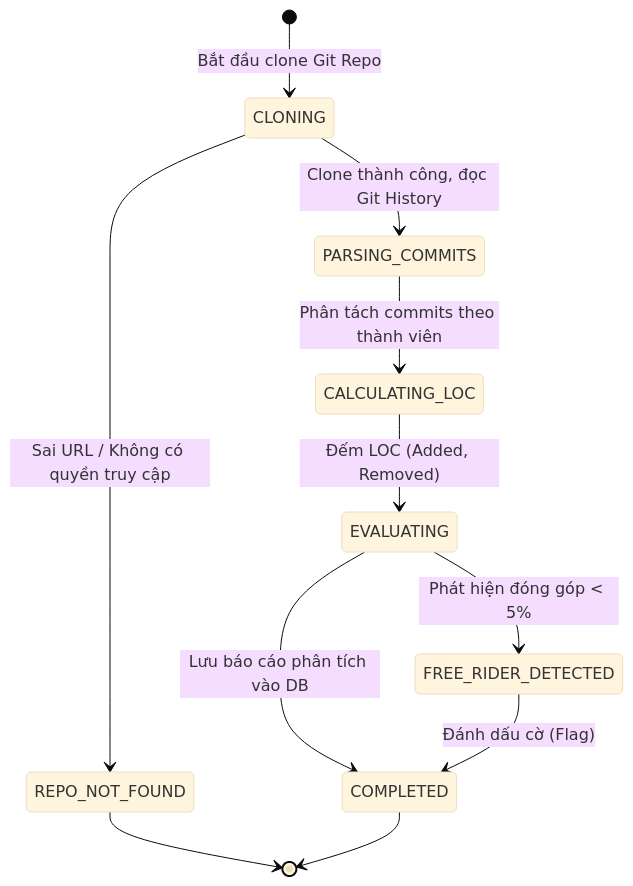
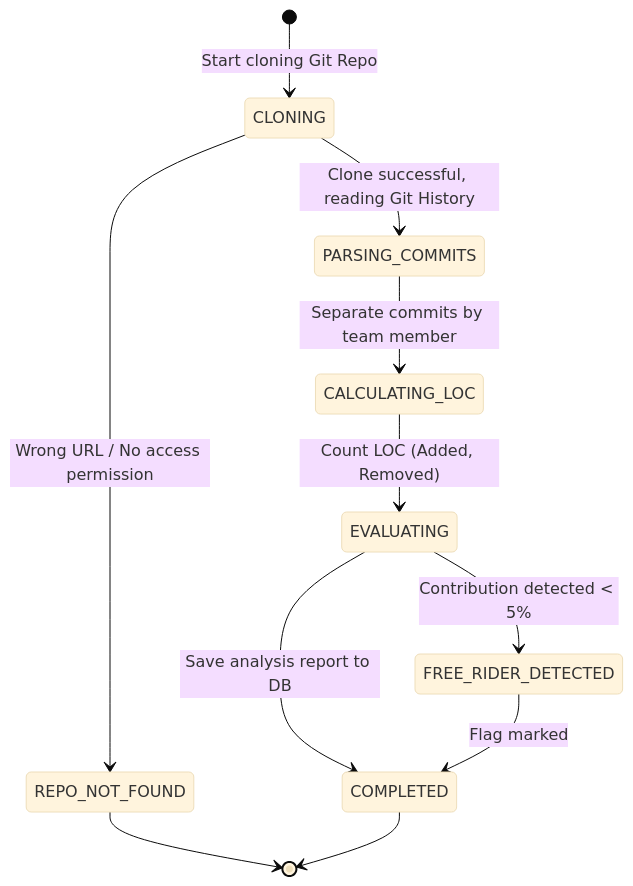
Before and after one commit to qucthih/SWP391_Group3: the eighth of 9 diagrams in docs/01_SRS/AITA_SRS_Document.md, drawn with Mermaid (base theme). The commit also changed other lines of this file and 9 other files, not shown here.

````diff
--- a/docs/01_SRS/AITA_SRS_Document.md
+++ b/docs/01_SRS/AITA_SRS_Document.md
@@ -463,13 +463,13 @@
 ```mermaid
 stateDiagram-v2
-    [*] --> CLONING: Bắt đầu clone Git Repo
-    CLONING --> PARSING_COMMITS: Clone thành công, đọc Git History
-    CLONING --> REPO_NOT_FOUND: Sai URL / Không có quyền truy cập
-    PARSING_COMMITS --> CALCULATING_LOC: Phân tách commits theo thành viên
-    CALCULATING_LOC --> EVALUATING: Đếm LOC (Added, Removed)
-    EVALUATING --> COMPLETED: Lưu báo cáo phân tích vào DB
-    EVALUATING --> FREE_RIDER_DETECTED: Phát hiện đóng góp < 5%
-    FREE_RIDER_DETECTED --> COMPLETED: Đánh dấu cờ (Flag)
+    [*] --> CLONING: Start cloning Git Repo
+    CLONING --> PARSING_COMMITS: Clone successful, reading Git History
+    CLONING --> REPO_NOT_FOUND: Wrong URL / No access permission
+    PARSING_COMMITS --> CALCULATING_LOC: Separate commits by team member
+    CALCULATING_LOC --> EVALUATING: Count LOC (Added, Removed)
+    EVALUATING --> COMPLETED: Save analysis report to DB
+    EVALUATING --> FREE_RIDER_DETECTED: Contribution detected < 5%
+    FREE_RIDER_DETECTED --> COMPLETED: Flag marked
     REPO_NOT_FOUND --> [*]
     COMPLETED --> [*]
 ```
````
